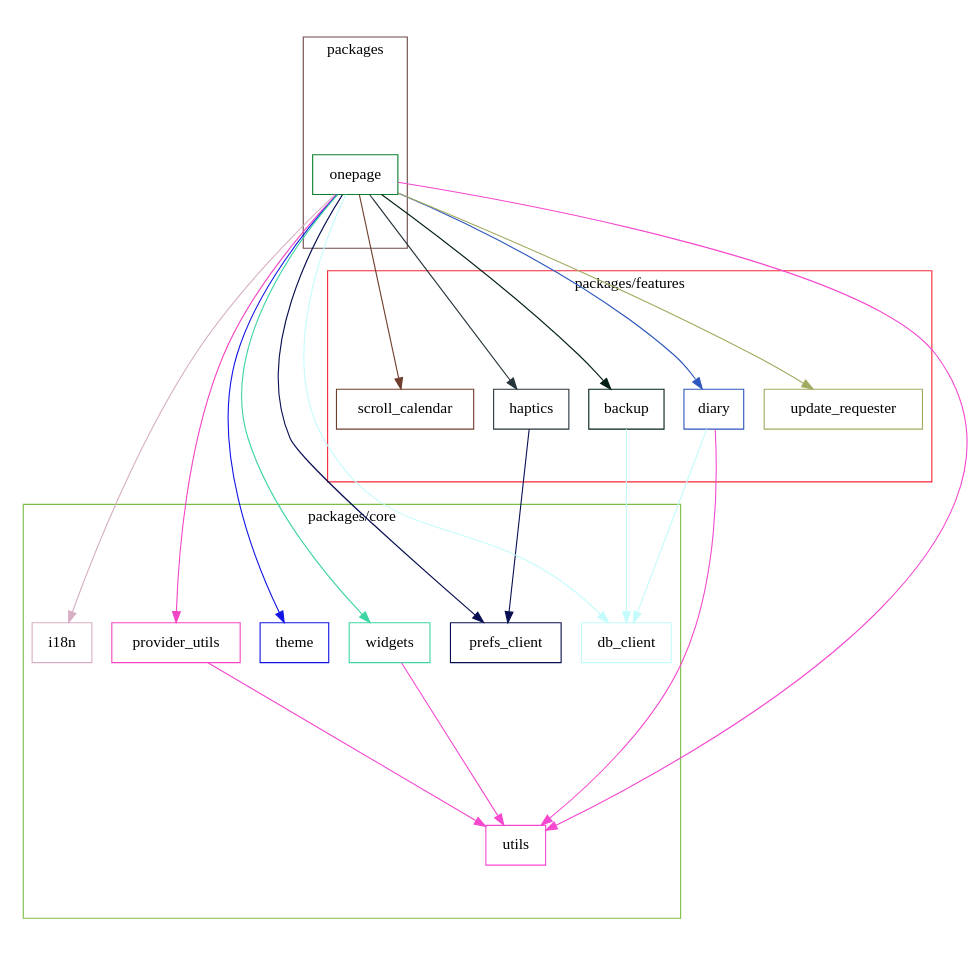
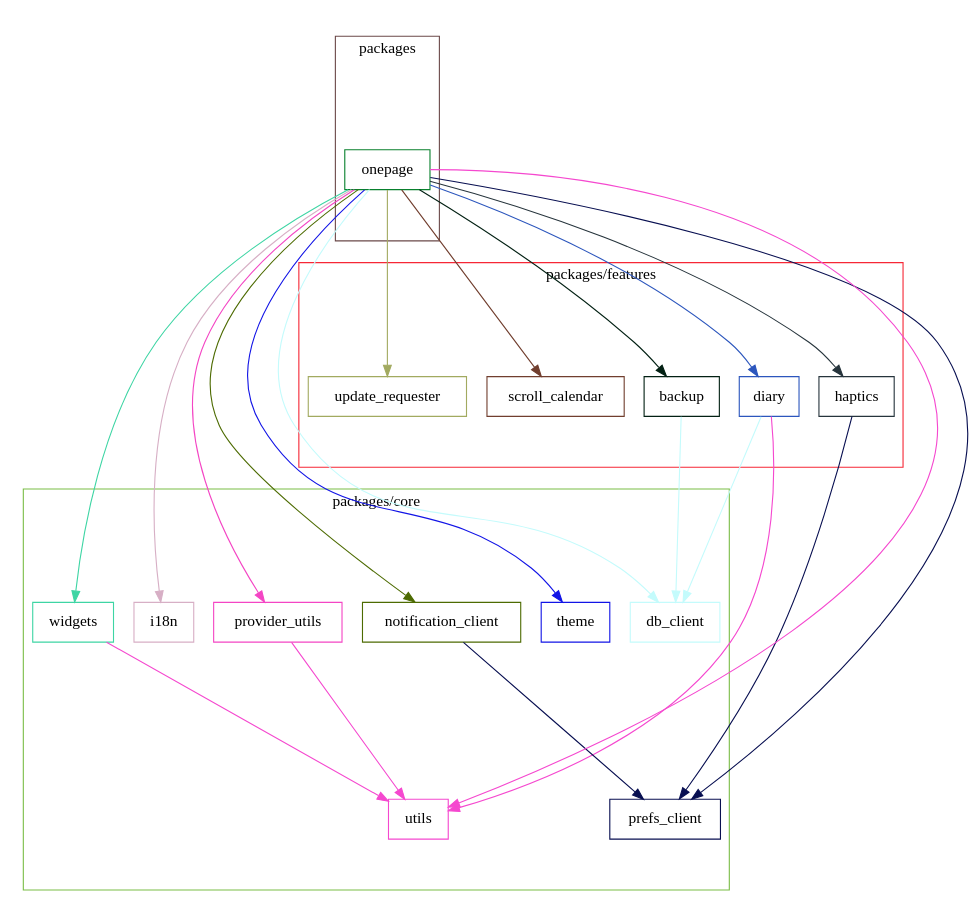
One commit to naipaka/onepage changed the diagram in docs/dependency_graph.dot. Above: the diagram before and after it, drawn with Graphviz. The commit also changed 1 other file, not shown here.

Commit message:
Update Dependency Graph and SVG image (#114)

```diff
--- a/docs/dependency_graph.dot
+++ b/docs/dependency_graph.dot
@@ -1,59 +1,63 @@
 digraph packages {
   size="10"; ratio=fill;
   backup [shape="box"; color="#022013"];
   db_client [shape="box"; color="#c4fbfc"];
   diary [shape="box"; color="#2c56bd"];
   haptics [shape="box"; color="#26343c"];
   i18n [shape="box"; color="#d7afc5"];
+  notification_client [shape="box"; color="#4d6b02"];
   onepage [shape="box"; color="#08802d"];
   prefs_client [shape="box"; color="#080f51"];
   provider_utils [shape="box"; color="#f445c4"];
   scroll_calendar [shape="box"; color="#713e2e"];
   theme [shape="box"; color="#1214e6"];
   update_requester [shape="box"; color="#a2aa60"];
   utils [shape="box"; color="#f548cf"];
   widgets [shape="box"; color="#3ed5a4"];
   backup -> db_client [style="filled"; color="#c4fbfc"];
   diary -> db_client [style="filled"; color="#c4fbfc"];
   diary -> utils [style="filled"; color="#f548cf"];
   haptics -> prefs_client [style="filled"; color="#080f51"];
+  notification_client -> prefs_client [style="filled"; color="#080f51"];
   onepage -> backup [style="filled"; color="#022013"];
   onepage -> db_client [style="filled"; color="#c4fbfc"];
   onepage -> diary [style="filled"; color="#2c56bd"];
   onepage -> haptics [style="filled"; color="#26343c"];
   onepage -> i18n [style="filled"; color="#d7afc5"];
+  onepage -> notification_client [style="filled"; color="#4d6b02"];
   onepage -> prefs_client [style="filled"; color="#080f51"];
   onepage -> provider_utils [style="filled"; color="#f445c4"];
   onepage -> scroll_calendar [style="filled"; color="#713e2e"];
   onepage -> theme [style="filled"; color="#1214e6"];
   onepage -> update_requester [style="filled"; color="#a2aa60"];
   onepage -> utils [style="filled"; color="#f548cf"];
   onepage -> widgets [style="filled"; color="#3ed5a4"];
   provider_utils -> utils [style="filled"; color="#f548cf"];
   widgets -> utils [style="filled"; color="#f548cf"];
   subgraph "cluster packages/features" {
     label="packages/features";
     color="#f62736";
     backup;
     diary;
     haptics;
     scroll_calendar;
     update_requester;
   }
   subgraph "cluster packages/core" {
     label="packages/core";
     color="#7bbd47";
     db_client;
     i18n;
+    notification_client;
     prefs_client;
     provider_utils;
     theme;
     utils;
     widgets;
   }
   subgraph "cluster packages" {
     label="packages";
     color="#6b4949";
     onepage;
   }
 }
```
